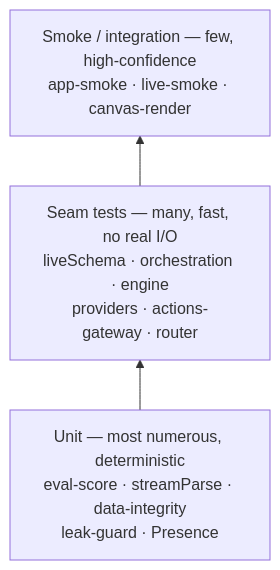
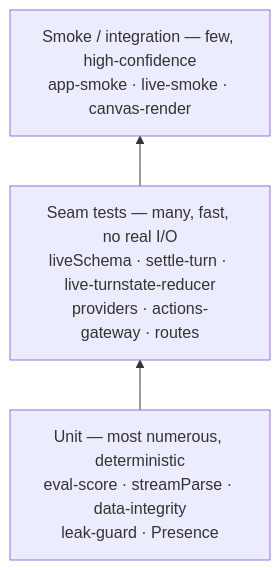
One commit to TryMaveaAI/mavea changed the diagram in docs/ENGINEERING.md. Above: the diagram before and after it, drawn with Mermaid. The commit also changed other lines of this file and 299 other files, not shown here.

````diff
--- a/docs/ENGINEERING.md
+++ b/docs/ENGINEERING.md
@@ -71,7 +71,7 @@
 ```mermaid
 graph BT
     UNIT["Unit — most numerous, deterministic\neval-score · streamParse · data-integrity\nleak-guard · Presence"]
-    INT["Seam tests — many, fast, no real I/O\nliveSchema · orchestration · engine\nproviders · actions-gateway · router"]
+    INT["Seam tests — many, fast, no real I/O\nliveSchema · settle-turn · live-turnstate-reducer\nproviders · actions-gateway · routes"]
     E2E["Smoke / integration — few, high-confidence\napp-smoke · live-smoke · canvas-render"]
     UNIT --> INT --> E2E
 ```
````
